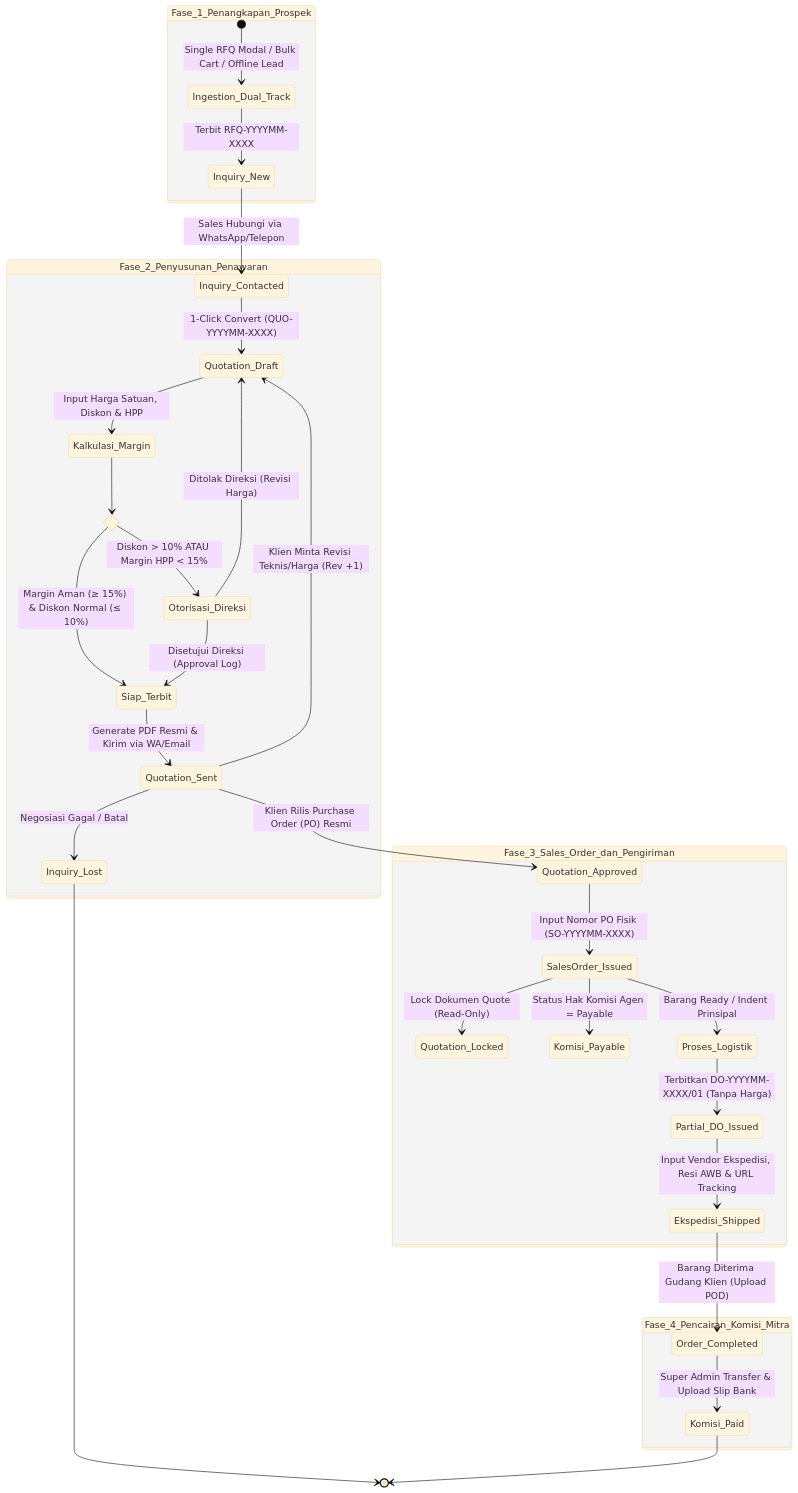
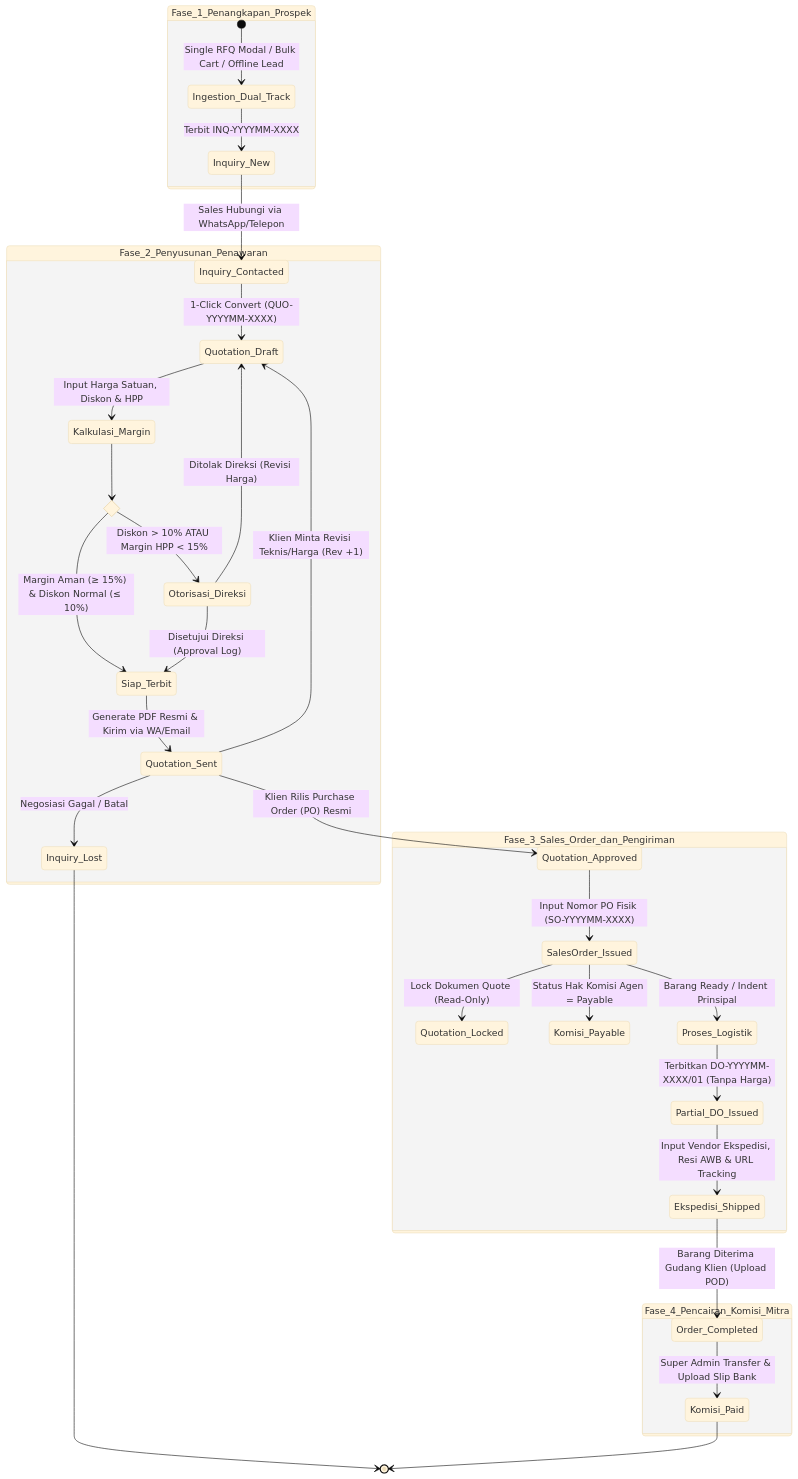
The first of 2 diagrams in docs/02-architecture-and-design/SAD/04-commercial-state-machine-and-data-pipelines.md (Dinoxxc/bimabergawa), drawn with Mermaid (base theme) before and after one commit. The commit also changed 16 other files, not shown here.

````diff
--- a/docs/02-architecture-and-design/SAD/04-commercial-state-machine-and-data-pipelines.md
+++ b/docs/02-architecture-and-design/SAD/04-commercial-state-machine-and-data-pipelines.md
@@ -29,46 +29,46 @@
 ```mermaid
 stateDiagram-v2
     direction TB
 
     state Fase_1_Penangkapan_Prospek {
         [*] --> Ingestion_Dual_Track: Single RFQ Modal / Bulk Cart / Offline Lead
-        Ingestion_Dual_Track --> Inquiry_New: Terbit RFQ-YYYYMM-XXXX
+        Ingestion_Dual_Track --> Inquiry_New: Terbit INQ-YYYYMM-XXXX
         Inquiry_New --> Inquiry_Contacted: Sales Hubungi via WhatsApp/Telepon
     }
 
     state Fase_2_Penyusunan_Penawaran {
         Inquiry_Contacted --> Quotation_Draft: 1-Click Convert (QUO-YYYYMM-XXXX)
         Quotation_Draft --> Kalkulasi_Margin: Input Harga Satuan, Diskon & HPP
         
         state Margin_Gate <<choice>>
         Kalkulasi_Margin --> Margin_Gate
         Margin_Gate --> Otorisasi_Direksi: Diskon > 10% ATAU Margin HPP < 15%
         Margin_Gate --> Siap_Terbit: Margin Aman (≥ 15%) & Diskon Normal (≤ 10%)
         
         Otorisasi_Direksi --> Siap_Terbit: Disetujui Direksi (Approval Log)
         Otorisasi_Direksi --> Quotation_Draft: Ditolak Direksi (Revisi Harga)
 
         Siap_Terbit --> Quotation_Sent: Generate PDF Resmi & Kirim via WA/Email
         Quotation_Sent --> Quotation_Draft: Klien Minta Revisi Teknis/Harga (Rev +1)
         Quotation_Sent --> Inquiry_Lost: Negosiasi Gagal / Batal
         Quotation_Sent --> Quotation_Approved: Klien Rilis Purchase Order (PO) Resmi
     }
 
     state Fase_3_Sales_Order_dan_Pengiriman {
         Quotation_Approved --> SalesOrder_Issued: Input Nomor PO Fisik (SO-YYYYMM-XXXX)
         SalesOrder_Issued --> Quotation_Locked: Lock Dokumen Quote (Read-Only)
         SalesOrder_Issued --> Komisi_Payable: Status Hak Komisi Agen = Payable
         
         SalesOrder_Issued --> Proses_Logistik: Barang Ready / Indent Prinsipal
         Proses_Logistik --> Partial_DO_Issued: Terbitkan DO-YYYYMM-XXXX/01 (Tanpa Harga)
         Partial_DO_Issued --> Ekspedisi_Shipped: Input Vendor Ekspedisi, Resi AWB & URL Tracking
         Ekspedisi_Shipped --> Order_Completed: Barang Diterima Gudang Klien (Upload POD)
     }
 
     state Fase_4_Pencairan_Komisi_Mitra {
         Order_Completed --> Komisi_Paid: Super Admin Transfer & Upload Slip Bank
     }
 
     Inquiry_Lost --> [*]
     Komisi_Paid --> [*]
 ```
````
